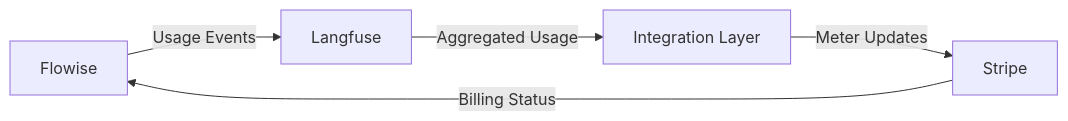
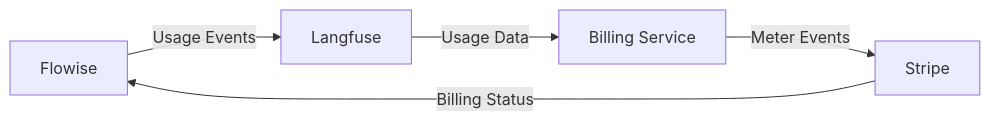
The diagram in packages/docs/docs/pricing/usage-billing.md (the-answerai/theanswer), drawn with Mermaid before and after one commit. The commit also changed other lines of this file and 3 other files, not shown here.

````diff
--- a/packages/docs/docs/pricing/usage-billing.md
+++ b/packages/docs/docs/pricing/usage-billing.md
@@ -33,7 +34,7 @@
 ```mermaid
 flowchart LR
     A[Flowise] -->|Usage Events| B[Langfuse]
-    B -->|Aggregated Usage| C[Integration Layer]
-    C -->|Meter Updates| D[Stripe]
+    B -->|Usage Data| C[Billing Service]
+    C -->|Meter Events| D[Stripe]
     D -->|Billing Status| A
 ```
````
